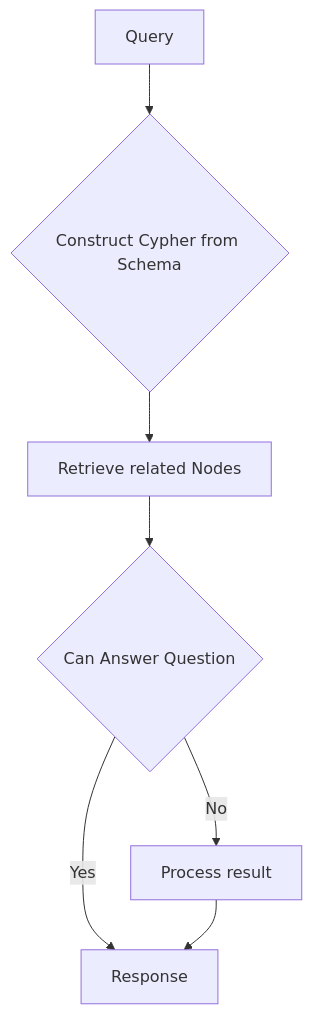
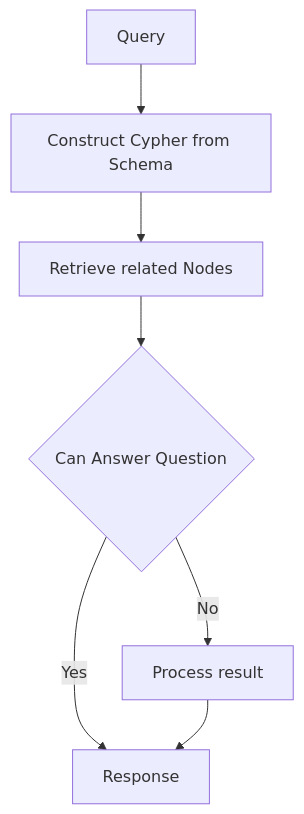
One commit to blacksmithop/LLM-Graph-Builder changed the second of 2 diagrams in Readme.md. Above: the diagram before and after it, drawn with Mermaid. The commit also changed other lines of this file, not shown here.

````diff
--- a/Readme.md
+++ b/Readme.md
@@ -17,9 +39,9 @@
 ```mermaid
 graph TD
-  A[Query] --> B{Construct Cypher from Schema}
+  A[Query] --> B[Construct Cypher from Schema]
   B --> C[Retrieve related Nodes]
   C --> D{Can Answer Question}
   D -->|Yes| E[Response]
   D -->|No| F[Process result]
   F --> E
 ```
````
